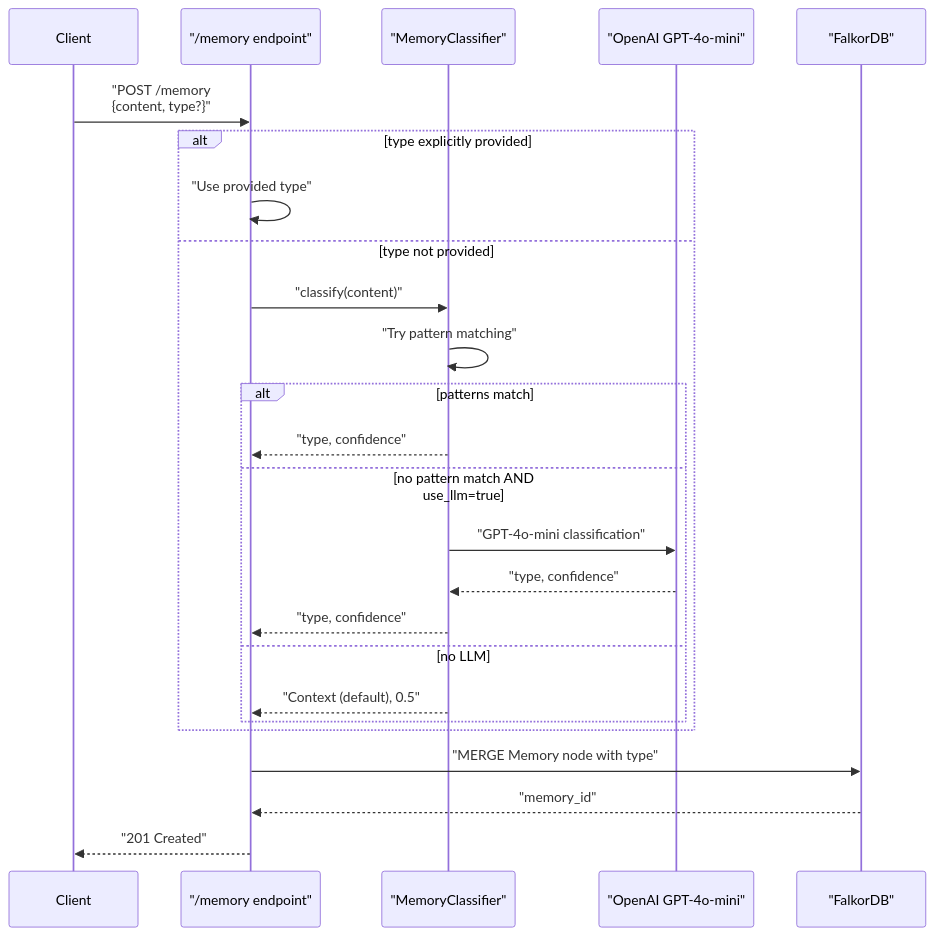
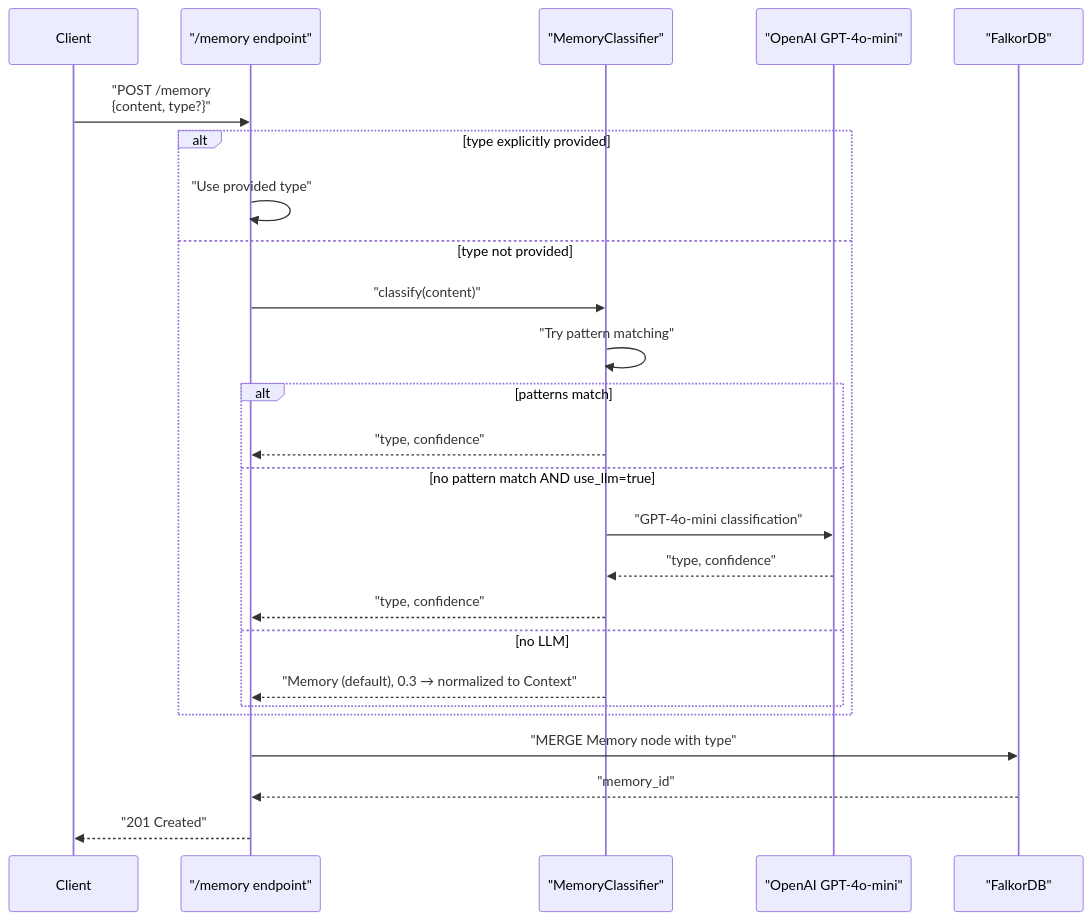
The fourth of 6 diagrams in src/content/docs/docs/core-concepts/memory-model.md (verygoodplugins/automem-website), drawn with Mermaid before and after one commit. The commit also changed other lines of this file and 48 other files, not shown here.

````diff
--- a/src/content/docs/docs/core-concepts/memory-model.md
+++ b/src/content/docs/docs/core-concepts/memory-model.md
@@ -229,32 +229,32 @@
 ```mermaid
 sequenceDiagram
     participant Client
     participant API as "/memory endpoint"
     participant Classifier as "MemoryClassifier"
     participant OpenAI as "OpenAI GPT-4o-mini"
     participant Falkor as "FalkorDB"
 
     Client->>API: "POST /memory<br/>{content, type?}"
 
     alt type explicitly provided
         API->>API: "Use provided type"
     else type not provided
         API->>Classifier: "classify(content)"
 
         Classifier->>Classifier: "Try pattern matching"
 
         alt patterns match
             Classifier-->>API: "type, confidence"
         else no pattern match AND use_llm=true
             Classifier->>OpenAI: "GPT-4o-mini classification"
             OpenAI-->>Classifier: "type, confidence"
             Classifier-->>API: "type, confidence"
         else no LLM
-            Classifier-->>API: "Context (default), 0.5"
+            Classifier-->>API: "Memory (default), 0.3 → normalized to Context"
         end
     end
 
     API->>Falkor: "MERGE Memory node with type"
     Falkor-->>API: "memory_id"
     API-->>Client: "201 Created"
 ```
````
